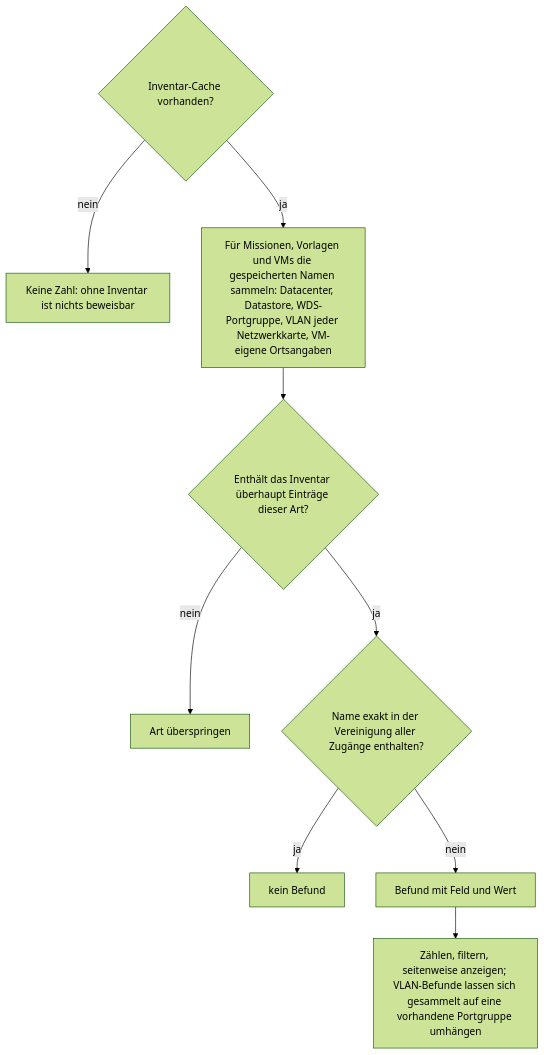
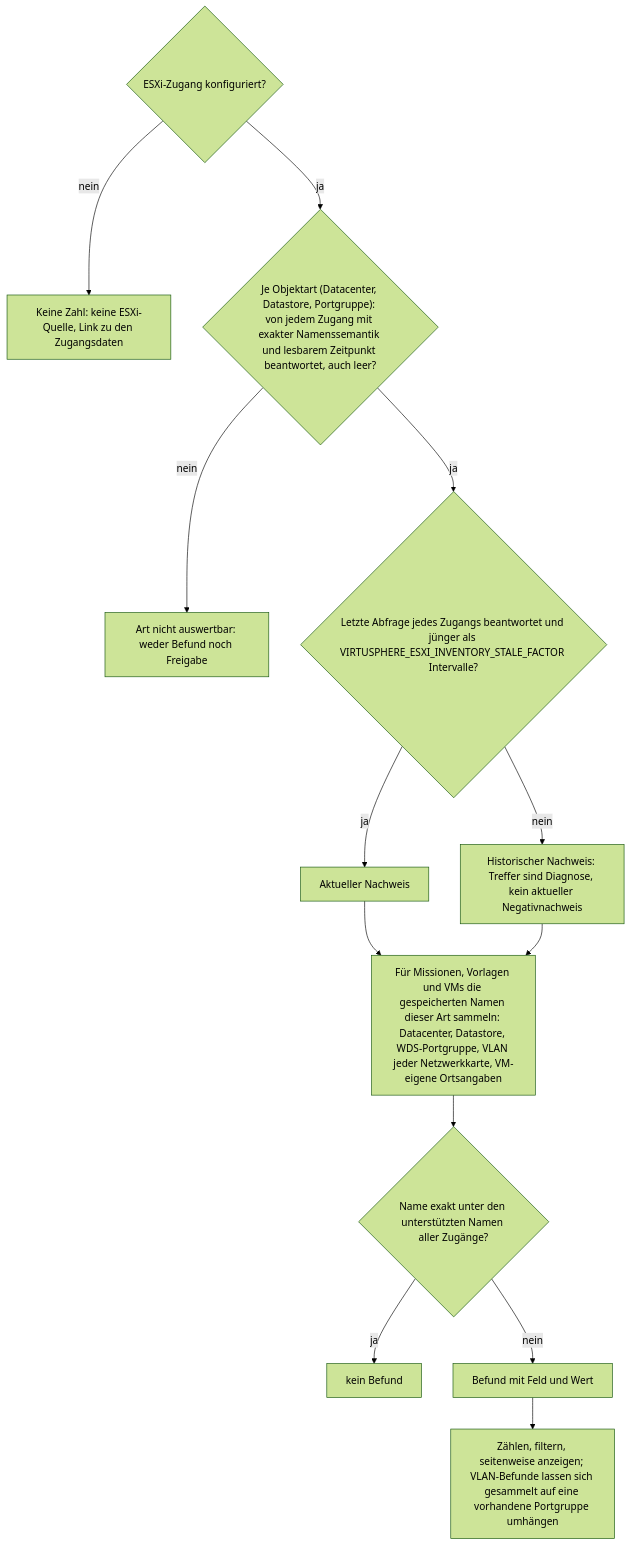
One commit to Samy94M/VirtuSphere-v2-WebApp changed the sixth of 8 diagrams in docs/operations/system-status-checks.md. Above: the diagram before and after it, drawn with Mermaid (forest theme). The commit also changed other lines of this file and 6 other files, not shown here.

````diff
--- a/docs/operations/system-status-checks.md
+++ b/docs/operations/system-status-checks.md
@@ -156,11 +159,15 @@
 ```mermaid
 flowchart TD
-  A{"Inventar-Cache vorhanden?"} -->|nein| N["Keine Zahl: ohne Inventar ist nichts beweisbar"]
-  A -->|ja| B["Für Missionen, Vorlagen und VMs die gespeicherten Namen sammeln: Datacenter, Datastore, WDS-Portgruppe, VLAN jeder Netzwerkkarte, VM-eigene Ortsangaben"]
-  B --> C{"Enthält das Inventar überhaupt Einträge dieser Art?"}
-  C -->|nein| C1["Art überspringen"]
-  C -->|ja| D{"Name exakt in der Vereinigung aller Zugänge enthalten?"}
+  A{"ESXi-Zugang konfiguriert?"} -->|nein| N["Keine Zahl: keine ESXi-Quelle, Link zu den Zugangsdaten"]
+  A -->|ja| K{"Je Objektart (Datacenter, Datastore, Portgruppe): von jedem Zugang mit exakter Namenssemantik und lesbarem Zeitpunkt beantwortet, auch leer?"}
+  K -->|nein| C1["Art nicht auswertbar: weder Befund noch Freigabe"]
+  K -->|ja| K2{"Letzte Abfrage jedes Zugangs beantwortet und jünger als VIRTUSPHERE_ESXI_INVENTORY_STALE_FACTOR Intervalle?"}
+  K2 -->|ja| KC["Aktueller Nachweis"]
+  K2 -->|nein| KH["Historischer Nachweis: Treffer sind Diagnose, kein aktueller Negativnachweis"]
+  KC --> B
+  KH --> B["Für Missionen, Vorlagen und VMs die gespeicherten Namen dieser Art sammeln: Datacenter, Datastore, WDS-Portgruppe, VLAN jeder Netzwerkkarte, VM-eigene Ortsangaben"]
+  B --> D{"Name exakt unter den unterstützten Namen aller Zugänge?"}
   D -->|ja| D1["kein Befund"]
   D -->|nein| D2["Befund mit Feld und Wert"]
   D2 --> E["Zählen, filtern, seitenweise anzeigen; VLAN-Befunde lassen sich gesammelt auf eine vorhandene Portgruppe umhängen"]
 ```
````
